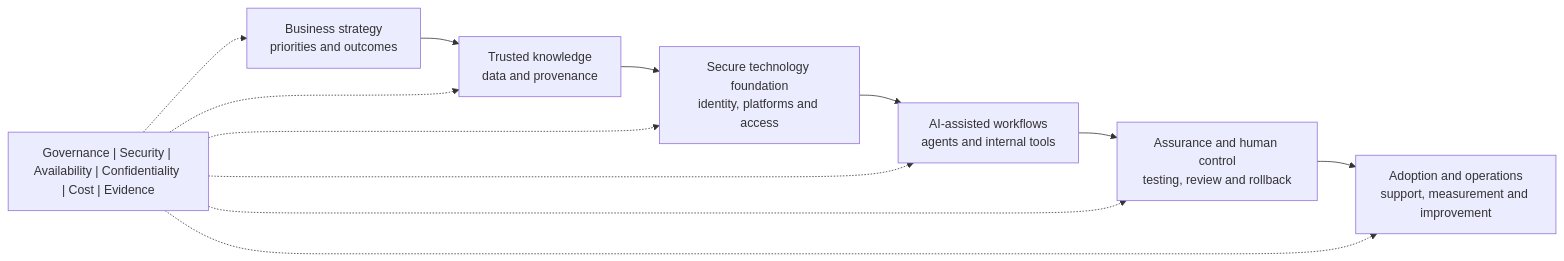
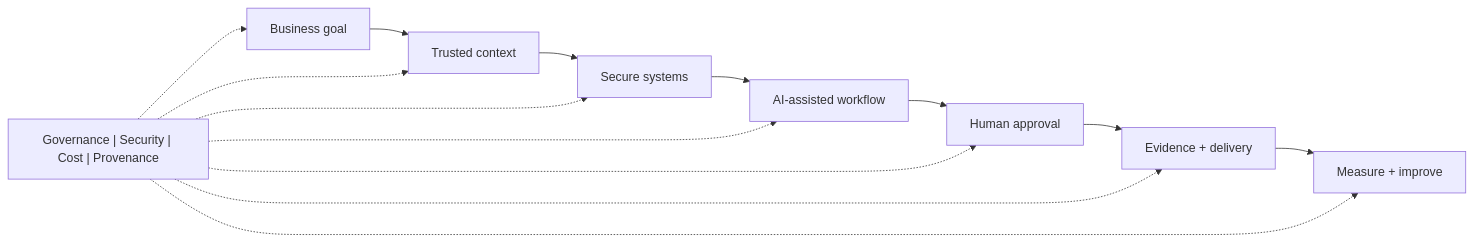
Before and after one commit to respectyourelders86-wq/respectyourelders86-wq: the diagram in README.md, drawn with Mermaid. The commit also changed other lines of this file, not shown here.

````diff
--- a/README.md
+++ b/README.md
@@ -62,16 +87,18 @@
 ```mermaid
 flowchart LR
-    A["Business strategy<br/>priorities and outcomes"] --> B["Trusted knowledge<br/>data and provenance"]
-    B --> C["Secure technology foundation<br/>identity, platforms and access"]
-    C --> D["AI-assisted workflows<br/>agents and internal tools"]
-    D --> E["Assurance and human control<br/>testing, review and rollback"]
-    E --> F["Adoption and operations<br/>support, measurement and improvement"]
+    A["Business goal"] --> B["Trusted context"]
+    B --> C["Secure systems"]
+    C --> D["AI-assisted workflow"]
+    D --> E["Human approval"]
+    E --> F["Evidence + delivery"]
+    F --> G["Measure + improve"]
 
-    G["Governance | Security | Availability | Confidentiality | Cost | Evidence"]
-    G -.-> A
-    G -.-> B
-    G -.-> C
-    G -.-> D
-    G -.-> E
-    G -.-> F
+    H["Governance | Security | Cost | Provenance"]
+    H -.-> A
+    H -.-> B
+    H -.-> C
+    H -.-> D
+    H -.-> E
+    H -.-> F
+    H -.-> G
 ```
````
